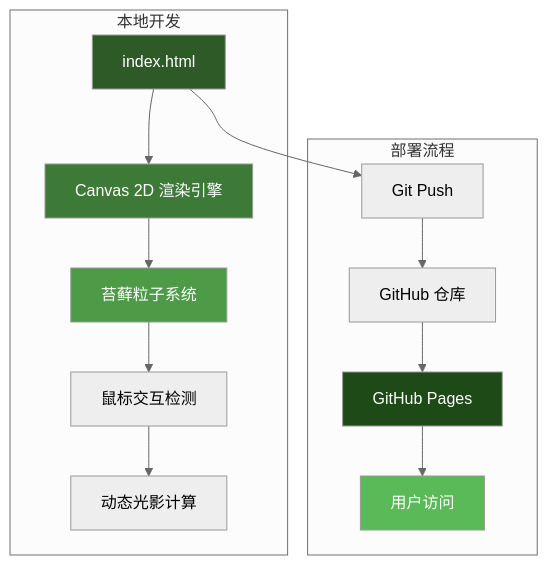
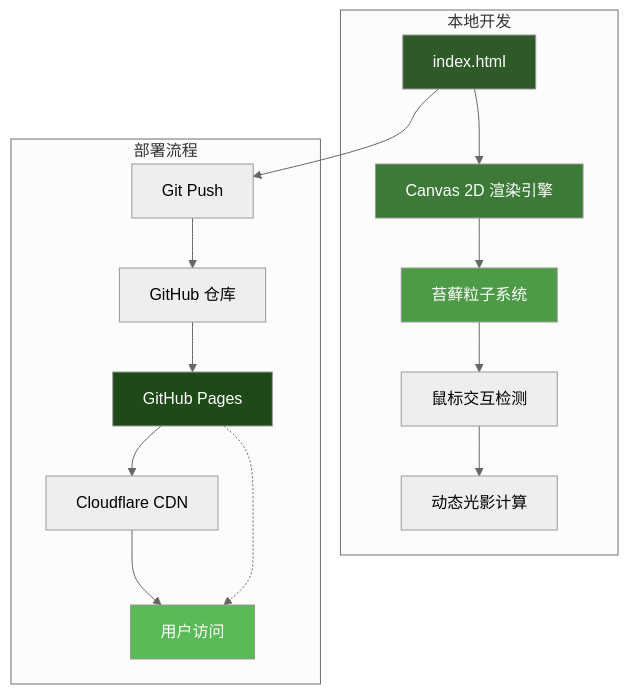
The first of 20 diagrams in PROJECT_GUIDE.md (Easter127/trae), drawn with Mermaid (neutral theme) before and after one commit. The commit also changed other lines of this file, not shown here.

````diff
--- a/PROJECT_GUIDE.md
+++ b/PROJECT_GUIDE.md
@@ -24,23 +25,25 @@
 ```mermaid
 graph TB
     subgraph 本地开发
         A[index.html] --> B[Canvas 2D 渲染引擎]
         B --> C[苔藓粒子系统]
         C --> D[鼠标交互检测]
         D --> E[动态光影计算]
     end
     
     subgraph 部署流程
         F[Git Push] --> G[GitHub 仓库]
         G --> H[GitHub Pages]
-        H --> I[用户访问]
+        H --> J[Cloudflare CDN]
+        J --> I[用户访问]
+        H -.-> I
     end
     
     A --> F
     
     style A fill:#2d5a27,color:#fff
     style B fill:#3d7a37,color:#fff
     style C fill:#4d9a47,color:#fff
     style H fill:#1e4a17,color:#fff
     style I fill:#5aba57,color:#fff
 ```
````
